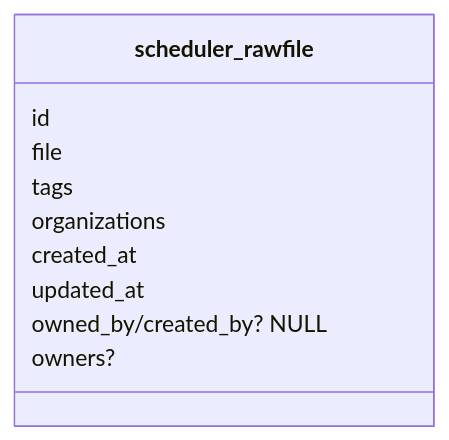
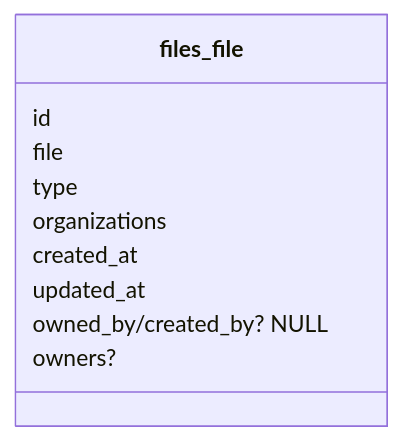
The sixth of 6 diagrams in rfd/0005-raw-storage.md (minvws/nl-kat-coordination), drawn with Mermaid before and after one commit. The commit also changed other lines of this file and 71 other files, not shown here.

````diff
--- a/rfd/0005-raw-storage.md
+++ b/rfd/0005-raw-storage.md
@@ -273,14 +274,14 @@
 ```mermaid
 classDiagram
 
-  class scheduler_rawfile {
+  class files_file {
     id
     file
-    tags
+    type
     organizations
     created_at
     updated_at
     owned_by/created_by? NULL
     owners?
   }
 ```
````
